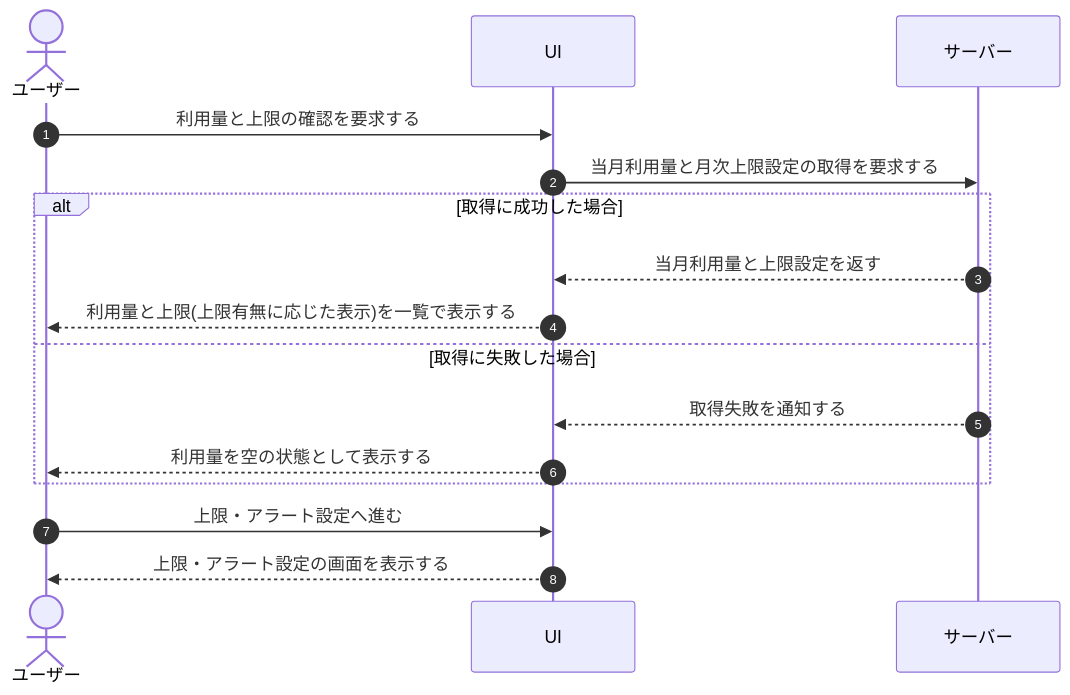
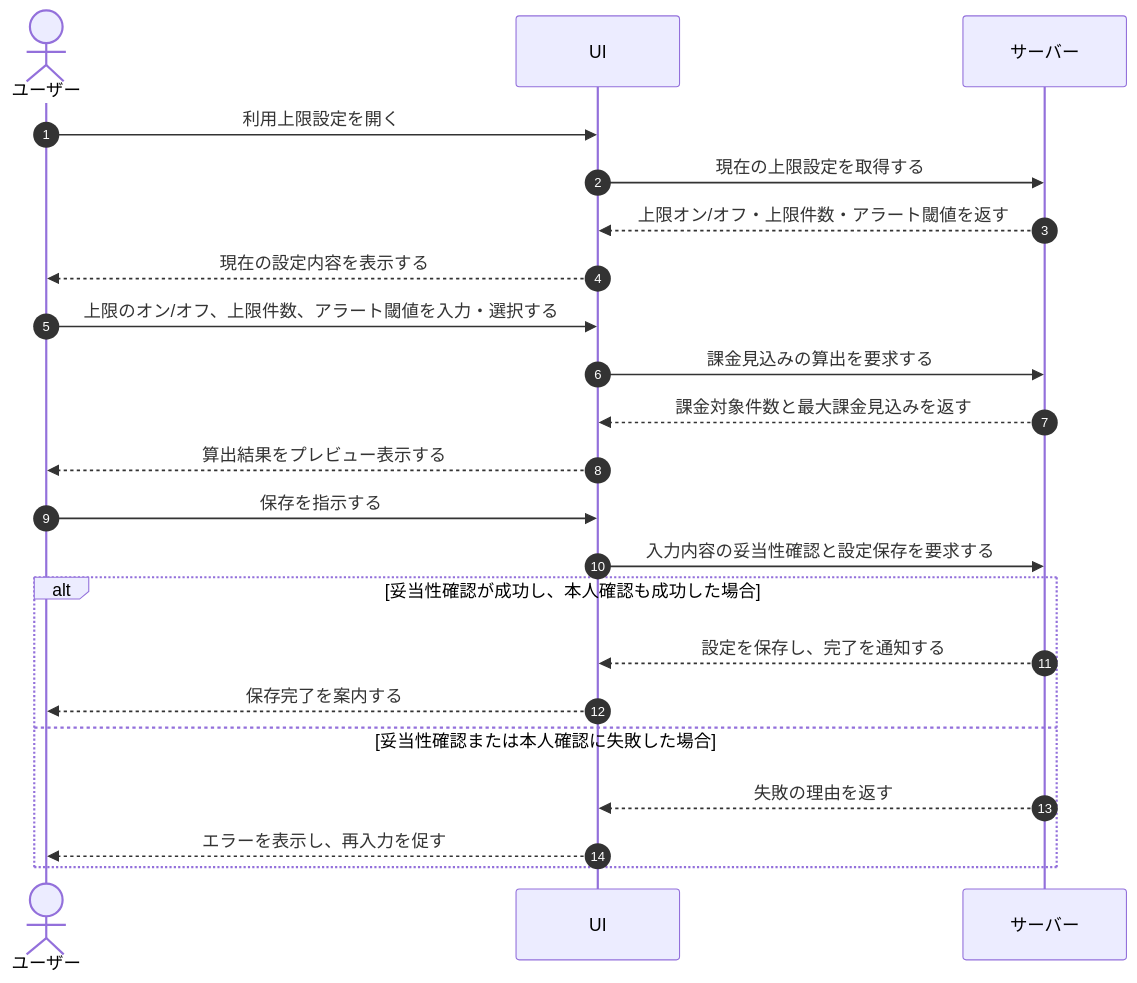
One commit to sikakou54/open-faq changed the diagram in 01_requirements/04_business_usecases/UC-034.md. Above: the diagram before and after it, drawn with Mermaid. The commit also changed other lines of this file and 395 other files, not shown here.

````diff
--- a/01_requirements/04_business_usecases/UC-034.md
+++ b/01_requirements/04_business_usecases/UC-034.md
@@ -26,19 +27,25 @@
 ```mermaid
 sequenceDiagram
   autonumber
   actor U as ユーザー
   participant UI as UI
   participant S as サーバー
 
-  U->>UI: 利用量と上限の確認を要求する
-  UI->>S: 当月利用量と月次上限設定の取得を要求する
-  alt 取得に成功した場合
-    S-->>UI: 当月利用量と上限設定を返す
-    UI-->>U: 利用量と上限(上限有無に応じた表示)を一覧で表示する
-  else 取得に失敗した場合
-    S-->>UI: 取得失敗を通知する
-    UI-->>U: 利用量を空の状態として表示する
+  U->>UI: 利用上限設定を開く
+  UI->>S: 現在の上限設定を取得する
+  S-->>UI: 上限オン/オフ・上限件数・アラート閾値を返す
+  UI-->>U: 現在の設定内容を表示する
+  U->>UI: 上限のオン/オフ、上限件数、アラート閾値を入力・選択する
+  UI->>S: 課金見込みの算出を要求する
+  S-->>UI: 課金対象件数と最大課金見込みを返す
+  UI-->>U: 算出結果をプレビュー表示する
+  U->>UI: 保存を指示する
+  UI->>S: 入力内容の妥当性確認と設定保存を要求する
+  alt 妥当性確認が成功し、本人確認も成功した場合
+    S-->>UI: 設定を保存し、完了を通知する
+    UI-->>U: 保存完了を案内する
+  else 妥当性確認または本人確認に失敗した場合
+    S-->>UI: 失敗の理由を返す
+    UI-->>U: エラーを表示し、再入力を促す
   end
-  U->>UI: 上限・アラート設定へ進む
-  UI-->>U: 上限・アラート設定の画面を表示する
 ```
````
